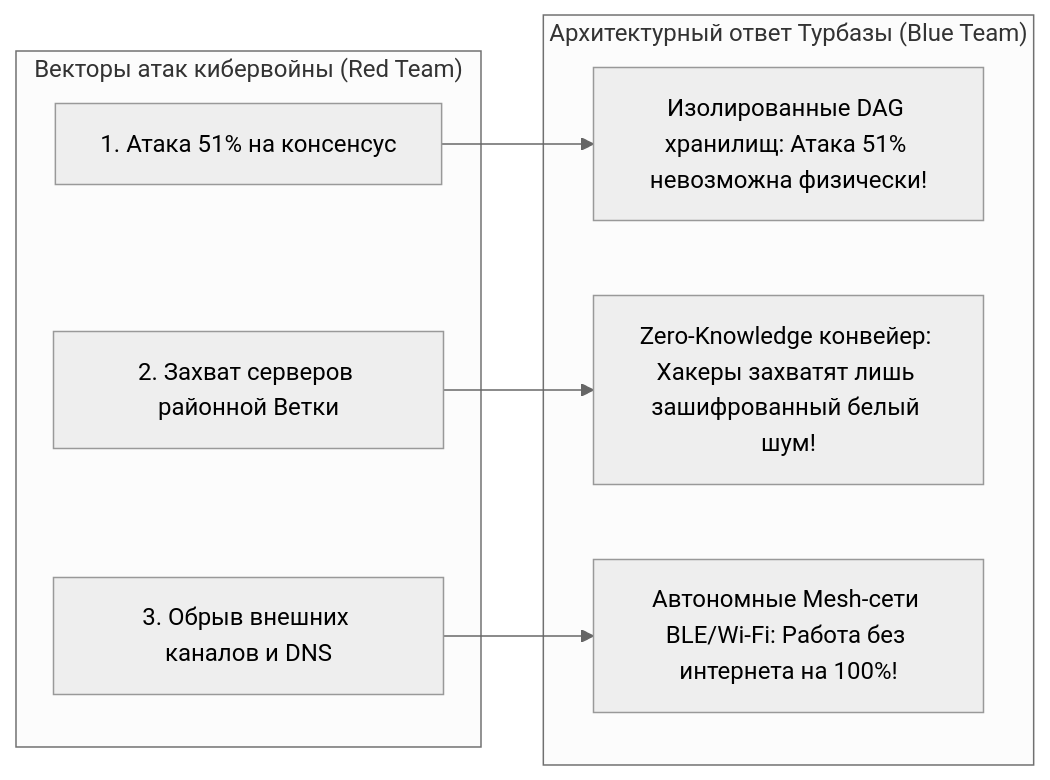
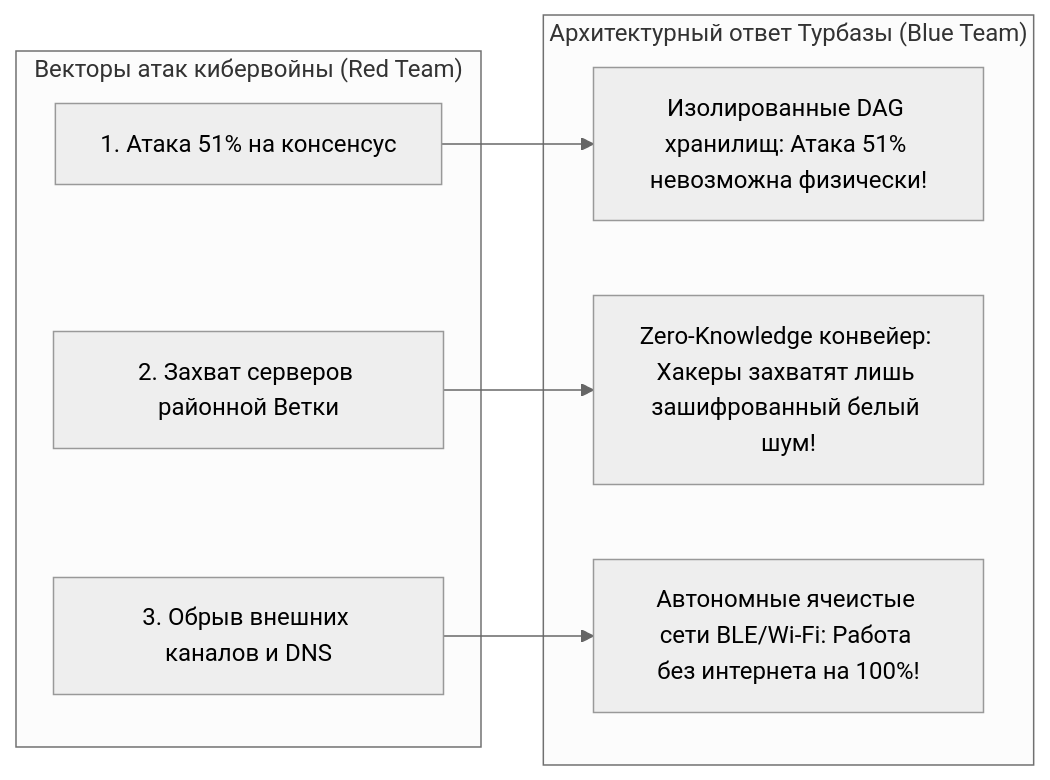
One commit to Data-Independence-Network/presentations changed the tenth of 10 diagrams in architecture_presentations/07_cryptography_and_api_economy/docs/presentation_deck.md. Above: the diagram before and after it, drawn with Mermaid (neutral theme). The commit also changed other lines of this file and 88 other files, not shown here.

```diff
--- a/architecture_presentations/07_cryptography_and_api_economy/docs/presentation_deck.md
+++ b/architecture_presentations/07_cryptography_and_api_economy/docs/presentation_deck.md
@@ -713,18 +713,18 @@
         <div class="mermaid">
 graph LR
     subgraph RedTeam["Векторы атак кибервойны (Red Team)"]
         A1["1. Атака 51% на консенсус"]
         A2["2. Захват серверов районной Ветки"]
         A3["3. Обрыв внешних каналов и DNS"]
     end
 
     subgraph BlueTeam["Архитектурный ответ Турбазы (Blue Team)"]
         D1["Изолированные DAG хранилищ: Атака 51% невозможна физически!"]
         D2["Zero-Knowledge конвейер: Хакеры захватят лишь зашифрованный белый шум!"]
-        D3["Автономные Mesh-сети BLE/Wi-Fi: Работа без интернета на 100%!"]
+        D3["Автономные ячеистые сети BLE/Wi-Fi: Работа без интернета на 100%!"]
     end
 
     A1 --> D1
     A2 --> D2
     A3 --> D3
         </div>
```
